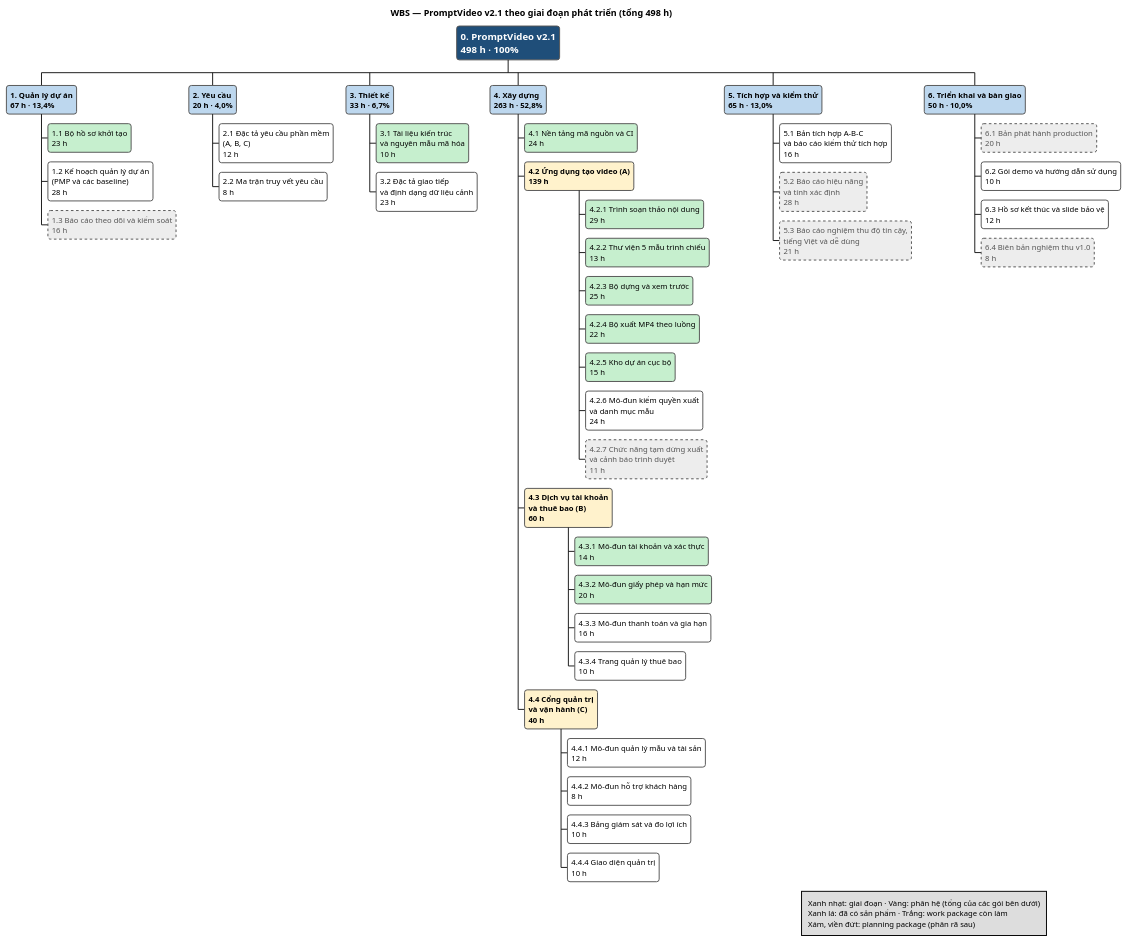
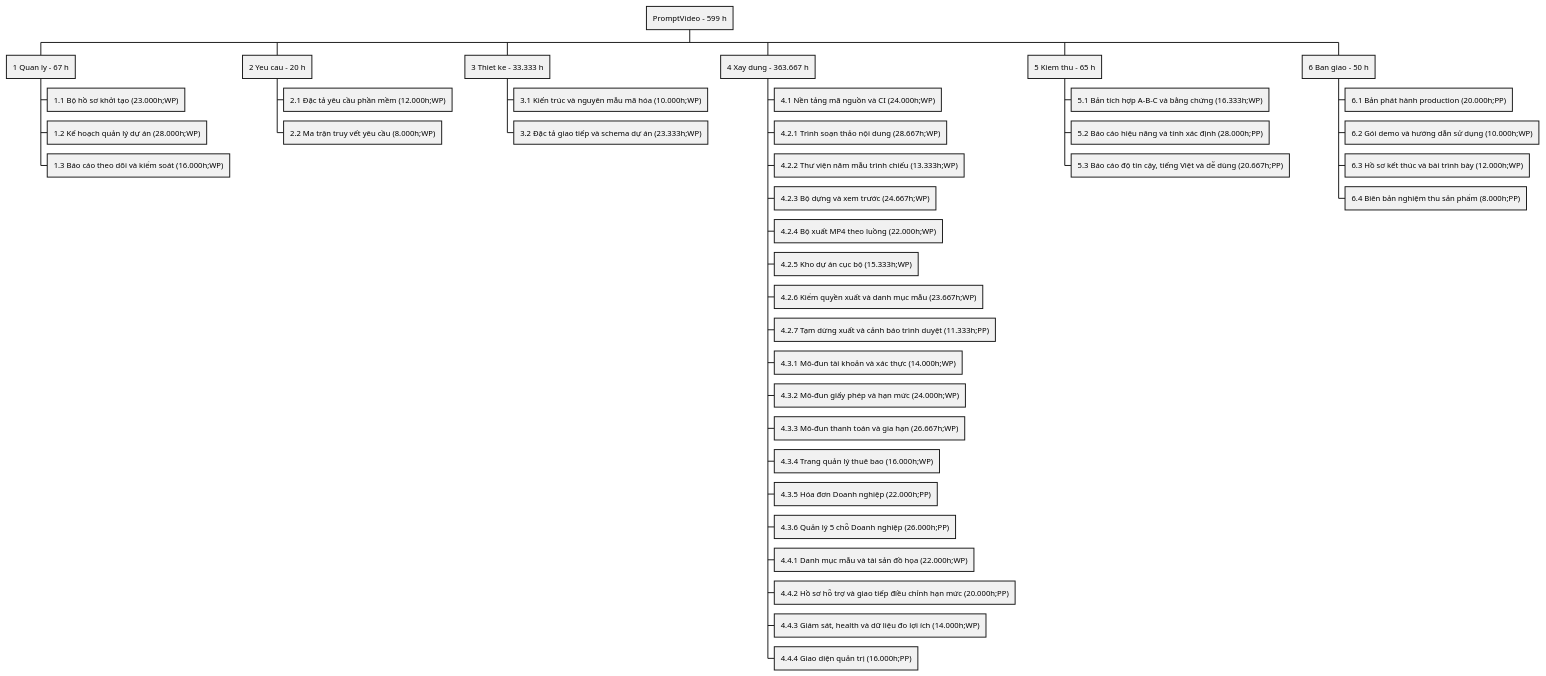
One commit to luulichma/PromptVideo changed the diagram in design-note/md-docs/02_Planning/05_WBS_PromptVideo.puml. Above: the diagram before and after it, drawn with PlantUML. The commit also changed 82 other files, not shown here.

```diff
--- a/design-note/md-docs/02_Planning/05_WBS_PromptVideo.puml
+++ b/design-note/md-docs/02_Planning/05_WBS_PromptVideo.puml
@@ -1,142 +1,41 @@
 @startwbs
-<style>
-wbsDiagram {
-  FontName Arial
-  FontSize 12
-  node {
-    Padding 6
-    RoundCorner 8
-    LineColor #555555
-  }
-  :depth(0) {
-    BackgroundColor #1F4E79
-    FontColor white
-    FontStyle bold
-    FontSize 15
-  }
-  :depth(1) {
-    BackgroundColor #BDD7EE
-    FontStyle bold
-  }
-  .sum {
-    BackgroundColor #FFF2CC
-    FontStyle bold
-  }
-  .done {
-    BackgroundColor #C6EFCE
-  }
-  .todo {
-    BackgroundColor #FFFFFF
-  }
-  .pp {
-    BackgroundColor #EDEDED
-    LineStyle 4
-    FontColor #555555
-  }
-}
-</style>
-title WBS — PromptVideo v2.1 theo giai đoạn phát triển (tổng 498 h)
-legend right
-  Xanh nhạt: giai đoạn · Vàng: phân hệ (tổng của các gói bên dưới)
-  Xanh lá: đã có sản phẩm · Trắng: work package còn làm
-  Xám, viền đứt: planning package (phân rã sau)
-endlegend
-
-*:0. PromptVideo v2.1
-498 h · 100%;
-
-**:1. Quản lý dự án
-67 h · 13,4%;
-***:1.1 Bộ hồ sơ khởi tạo
-23 h; <<done>>
-***:1.2 Kế hoạch quản lý dự án
-(PMP và các baseline)
-28 h; <<todo>>
-***:1.3 Báo cáo theo dõi và kiểm soát
-16 h; <<pp>>
-
-**:2. Yêu cầu
-20 h · 4,0%;
-***:2.1 Đặc tả yêu cầu phần mềm
-(A, B, C)
-12 h; <<todo>>
-***:2.2 Ma trận truy vết yêu cầu
-8 h; <<todo>>
-
-**:3. Thiết kế
-33 h · 6,7%;
-***:3.1 Tài liệu kiến trúc
-và nguyên mẫu mã hóa
-10 h; <<done>>
-***:3.2 Đặc tả giao tiếp
-và định dạng dữ liệu cảnh
-23 h; <<todo>>
-
-**:4. Xây dựng
-263 h · 52,8%;
-***:4.1 Nền tảng mã nguồn và CI
-24 h; <<done>>
-***:4.2 Ứng dụng tạo video (A)
-139 h; <<sum>>
-****:4.2.1 Trình soạn thảo nội dung
-29 h; <<done>>
-****:4.2.2 Thư viện 5 mẫu trình chiếu
-13 h; <<done>>
-****:4.2.3 Bộ dựng và xem trước
-25 h; <<done>>
-****:4.2.4 Bộ xuất MP4 theo luồng
-22 h; <<done>>
-****:4.2.5 Kho dự án cục bộ
-15 h; <<done>>
-****:4.2.6 Mô-đun kiểm quyền xuất
-và danh mục mẫu
-24 h; <<todo>>
-****:4.2.7 Chức năng tạm dừng xuất
-và cảnh báo trình duyệt
-11 h; <<pp>>
-***:4.3 Dịch vụ tài khoản
-và thuê bao (B)
-60 h; <<sum>>
-****:4.3.1 Mô-đun tài khoản và xác thực
-14 h; <<done>>
-****:4.3.2 Mô-đun giấy phép và hạn mức
-20 h; <<done>>
-****:4.3.3 Mô-đun thanh toán và gia hạn
-16 h; <<todo>>
-****:4.3.4 Trang quản lý thuê bao
-10 h; <<todo>>
-***:4.4 Cổng quản trị
-và vận hành (C)
-40 h; <<sum>>
-****:4.4.1 Mô-đun quản lý mẫu và tài sản
-12 h; <<todo>>
-****:4.4.2 Mô-đun hỗ trợ khách hàng
-8 h; <<todo>>
-****:4.4.3 Bảng giám sát và đo lợi ích
-10 h; <<todo>>
-****:4.4.4 Giao diện quản trị
-10 h; <<todo>>
-
-**:5. Tích hợp và kiểm thử
-65 h · 13,0%;
-***:5.1 Bản tích hợp A–B–C
-và báo cáo kiểm thử tích hợp
-16 h; <<todo>>
-***:5.2 Báo cáo hiệu năng
-và tính xác định
-28 h; <<pp>>
-***:5.3 Báo cáo nghiệm thu độ tin cậy,
-tiếng Việt và dễ dùng
-21 h; <<pp>>
-
-**:6. Triển khai và bàn giao
-50 h · 10,0%;
-***:6.1 Bản phát hành production
-20 h; <<pp>>
-***:6.2 Gói demo và hướng dẫn sử dụng
-10 h; <<todo>>
-***:6.3 Hồ sơ kết thúc và slide bảo vệ
-12 h; <<todo>>
-***:6.4 Biên bản nghiệm thu v1.0
-8 h; <<pp>>
+* PromptVideo - 599 h
+** 1 Quan ly - 67 h
+*** 1.1 Bộ hồ sơ khởi tạo (23.000h;WP)
+*** 1.2 Kế hoạch quản lý dự án (28.000h;WP)
+*** 1.3 Báo cáo theo dõi và kiểm soát (16.000h;WP)
+** 2 Yeu cau - 20 h
+*** 2.1 Đặc tả yêu cầu phần mềm (12.000h;WP)
+*** 2.2 Ma trận truy vết yêu cầu (8.000h;WP)
+** 3 Thiet ke - 33.333 h
+*** 3.1 Kiến trúc và nguyên mẫu mã hóa (10.000h;WP)
+*** 3.2 Đặc tả giao tiếp và schema dự án (23.333h;WP)
+** 4 Xay dung - 363.667 h
+*** 4.1 Nền tảng mã nguồn và CI (24.000h;WP)
+*** 4.2.1 Trình soạn thảo nội dung (28.667h;WP)
+*** 4.2.2 Thư viện năm mẫu trình chiếu (13.333h;WP)
+*** 4.2.3 Bộ dựng và xem trước (24.667h;WP)
+*** 4.2.4 Bộ xuất MP4 theo luồng (22.000h;WP)
+*** 4.2.5 Kho dự án cục bộ (15.333h;WP)
+*** 4.2.6 Kiểm quyền xuất và danh mục mẫu (23.667h;WP)
+*** 4.2.7 Tạm dừng xuất và cảnh báo trình duyệt (11.333h;PP)
+*** 4.3.1 Mô-đun tài khoản và xác thực (14.000h;WP)
+*** 4.3.2 Mô-đun giấy phép và hạn mức (24.000h;WP)
+*** 4.3.3 Mô-đun thanh toán và gia hạn (26.667h;WP)
+*** 4.3.4 Trang quản lý thuê bao (16.000h;WP)
+*** 4.3.5 Hóa đơn Doanh nghiệp (22.000h;PP)
+*** 4.3.6 Quản lý 5 chỗ Doanh nghiệp (26.000h;PP)
+*** 4.4.1 Danh mục mẫu và tài sản đồ họa (22.000h;WP)
+*** 4.4.2 Hồ sơ hỗ trợ và giao tiếp điều chỉnh hạn mức (20.000h;PP)
+*** 4.4.3 Giám sát, health và dữ liệu đo lợi ích (14.000h;WP)
+*** 4.4.4 Giao diện quản trị (16.000h;PP)
+** 5 Kiem thu - 65 h
+*** 5.1 Bản tích hợp A–B–C và bằng chứng (16.333h;WP)
+*** 5.2 Báo cáo hiệu năng và tính xác định (28.000h;PP)
+*** 5.3 Báo cáo độ tin cậy, tiếng Việt và dễ dùng (20.667h;PP)
+** 6 Ban giao - 50 h
+*** 6.1 Bản phát hành production (20.000h;PP)
+*** 6.2 Gói demo và hướng dẫn sử dụng (10.000h;WP)
+*** 6.3 Hồ sơ kết thúc và bài trình bày (12.000h;WP)
+*** 6.4 Biên bản nghiệm thu sản phẩm (8.000h;PP)
 @endwbs
```
